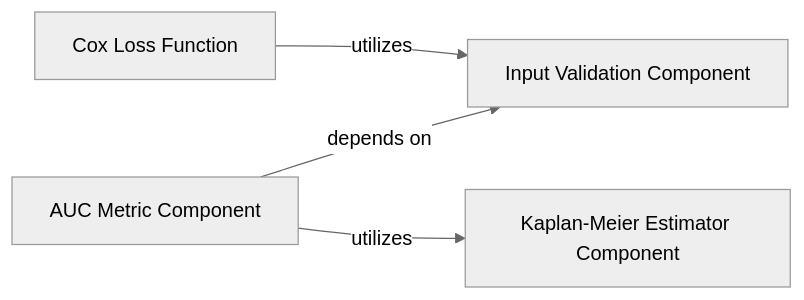
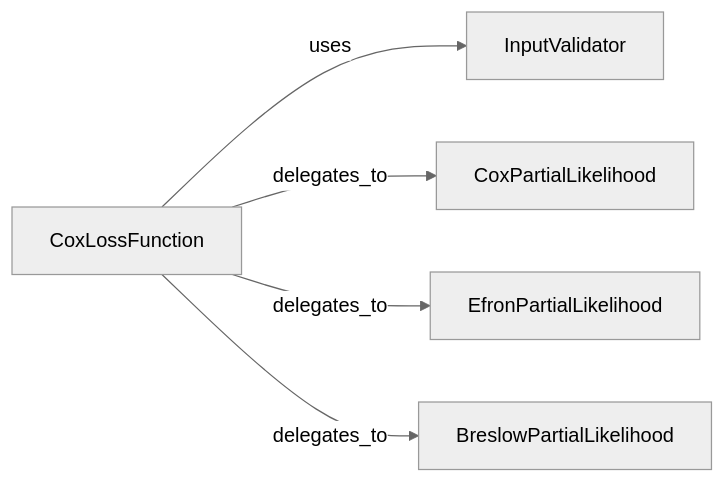
Before and after one commit to CodeBoarding/GeneratedOnBoardings: the diagram in torchsurv/Cox_Loss_Function.md, drawn with Mermaid (neutral theme). The commit also changed other lines of this file and 39 other files, not shown here.

````diff
--- a/torchsurv/Cox_Loss_Function.md
+++ b/torchsurv/Cox_Loss_Function.md
@@ -1,12 +1,13 @@
 ```mermaid
 graph LR
-    Cox_Loss_Function["Cox Loss Function"]
-    AUC_Metric_Component["AUC Metric Component"]
-    Kaplan_Meier_Estimator_Component["Kaplan-Meier Estimator Component"]
-    Input_Validation_Component["Input Validation Component"]
-    Cox_Loss_Function -- "utilizes" --> Input_Validation_Component
-    AUC_Metric_Component -- "depends on" --> Input_Validation_Component
-    AUC_Metric_Component -- "utilizes" --> Kaplan_Meier_Estimator_Component
-    click Cox_Loss_Function href "https://github.com/CodeBoarding/GeneratedOnBoardings/blob/main/torchsurv/Cox_Loss_Function.md" "Details"
-    click AUC_Metric_Component href "https://github.com/CodeBoarding/GeneratedOnBoardings/blob/main/torchsurv/AUC_Metric_Component.md" "Details"
+    CoxLossFunction["CoxLossFunction"]
+    InputValidator["InputValidator"]
+    CoxPartialLikelihood["CoxPartialLikelihood"]
+    EfronPartialLikelihood["EfronPartialLikelihood"]
+    BreslowPartialLikelihood["BreslowPartialLikelihood"]
+    CoxLossFunction -- "uses" --> InputValidator
+    CoxLossFunction -- "delegates_to" --> CoxPartialLikelihood
+    CoxLossFunction -- "delegates_to" --> EfronPartialLikelihood
+    CoxLossFunction -- "delegates_to" --> BreslowPartialLikelihood
+    click InputValidator href "https://github.com/CodeBoarding/GeneratedOnBoardings/blob/main/torchsurv/InputValidator.md" "Details"
 ```
````
